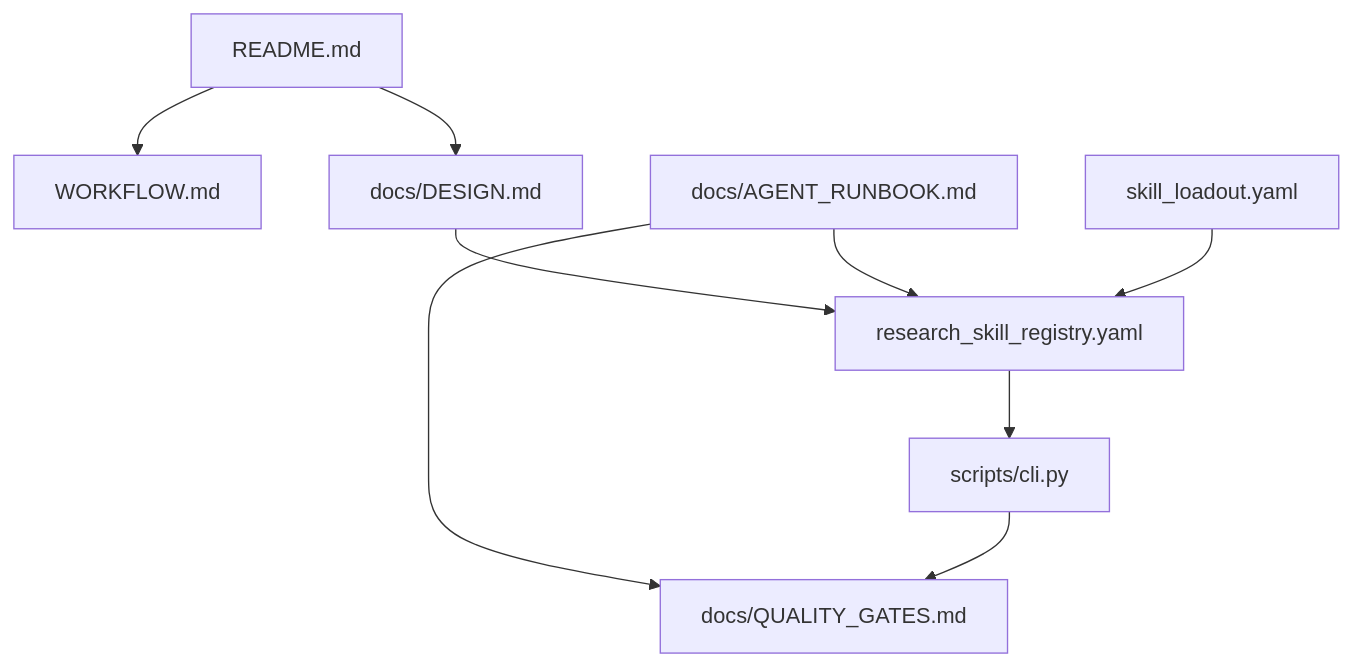
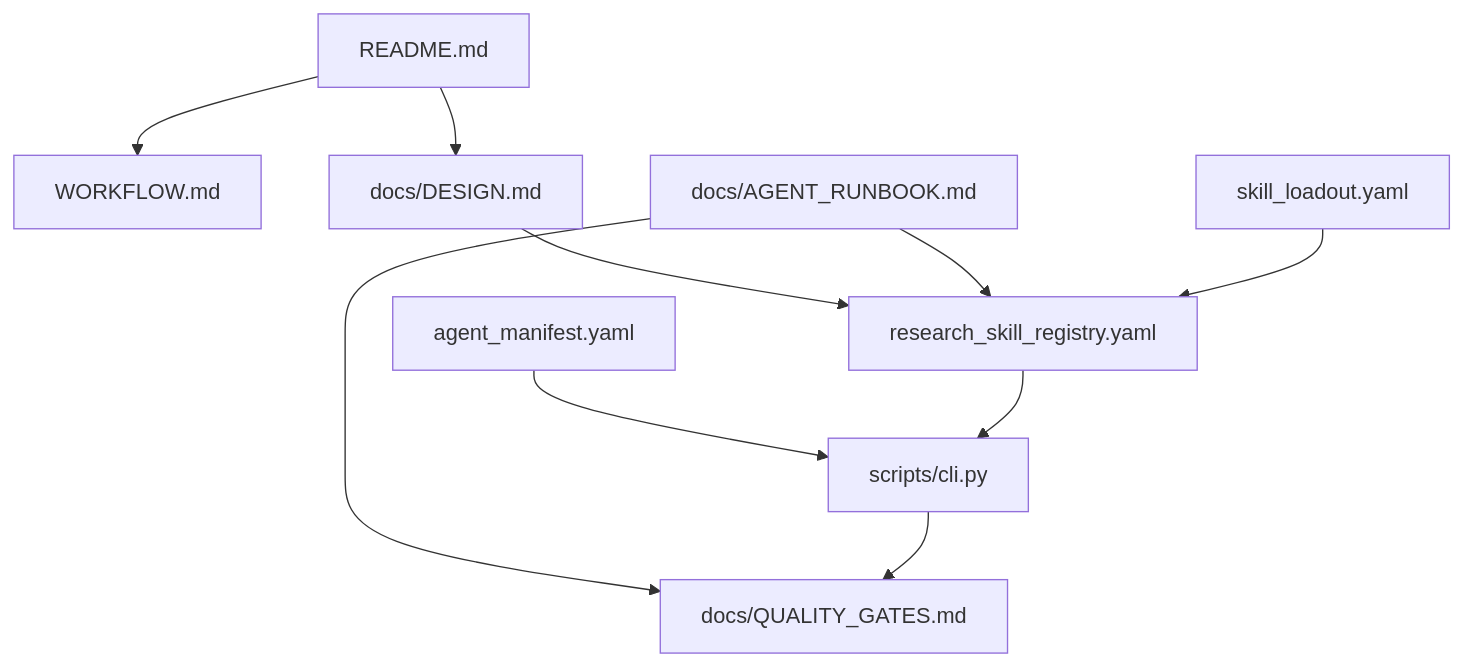
One commit to gaaiyun/econ-paper-studio changed the ninth of 9 diagrams in docs/DESIGN.md. Above: the diagram before and after it, drawn with Mermaid. The commit also changed other lines of this file and 3 other files, not shown here.

````diff
--- a/docs/DESIGN.md
+++ b/docs/DESIGN.md
@@ -181,20 +398,22 @@
 ```mermaid
 flowchart TB
     Readme["README.md"]
     Workflow["WORKFLOW.md"]
     DesignDoc["docs/DESIGN.md"]
     Runbook["docs/AGENT_RUNBOOK.md"]
     Quality["docs/QUALITY_GATES.md"]
     Registry["research_skill_registry.yaml"]
     Loadout["skill_loadout.yaml"]
+    Manifest["agent_manifest.yaml"]
     CLI["scripts/cli.py"]
 
     Readme --> DesignDoc
     Readme --> Workflow
     DesignDoc --> Registry
     Runbook --> Registry
     Runbook --> Quality
     Loadout --> Registry
+    Manifest --> CLI
     Registry --> CLI
     CLI --> Quality
 ```
````
